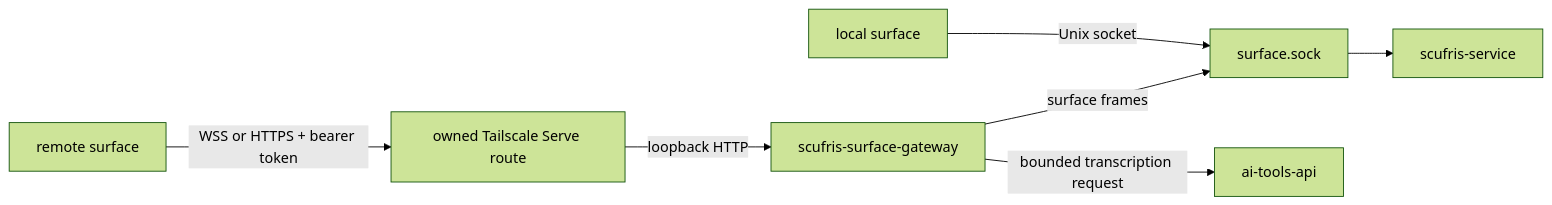
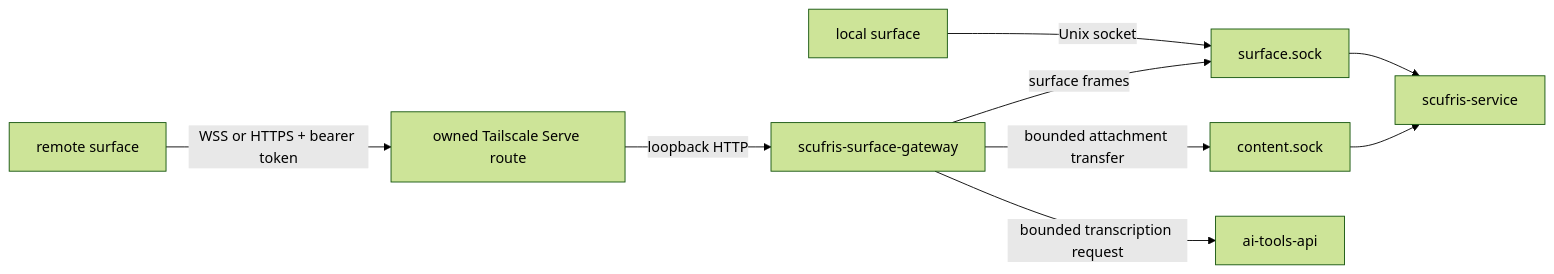
One commit to alexjercan/scufris2 changed the fourth of 5 diagrams in docs/src/dev/architecture.md. Above: the diagram before and after it, drawn with Mermaid (forest theme). The commit also changed other lines of this file and 7 other files, not shown here.

````diff
--- a/docs/src/dev/architecture.md
+++ b/docs/src/dev/architecture.md
@@ -94,9 +94,11 @@
 ```mermaid
 flowchart LR
     Local[local surface] -->|Unix socket| Socket[surface.sock]
     Remote[remote surface] -->|WSS or HTTPS + bearer token| Tailscale[owned Tailscale Serve route]
     Tailscale -->|loopback HTTP| Gateway[scufris-surface-gateway]
     Gateway -->|surface frames| Socket[surface.sock]
+    Gateway -->|bounded attachment transfer| Content[content.sock]
     Socket --> Service[scufris-service]
+    Content --> Service
     Gateway -->|bounded transcription request| Inference[ai-tools-api]
 ```
````
